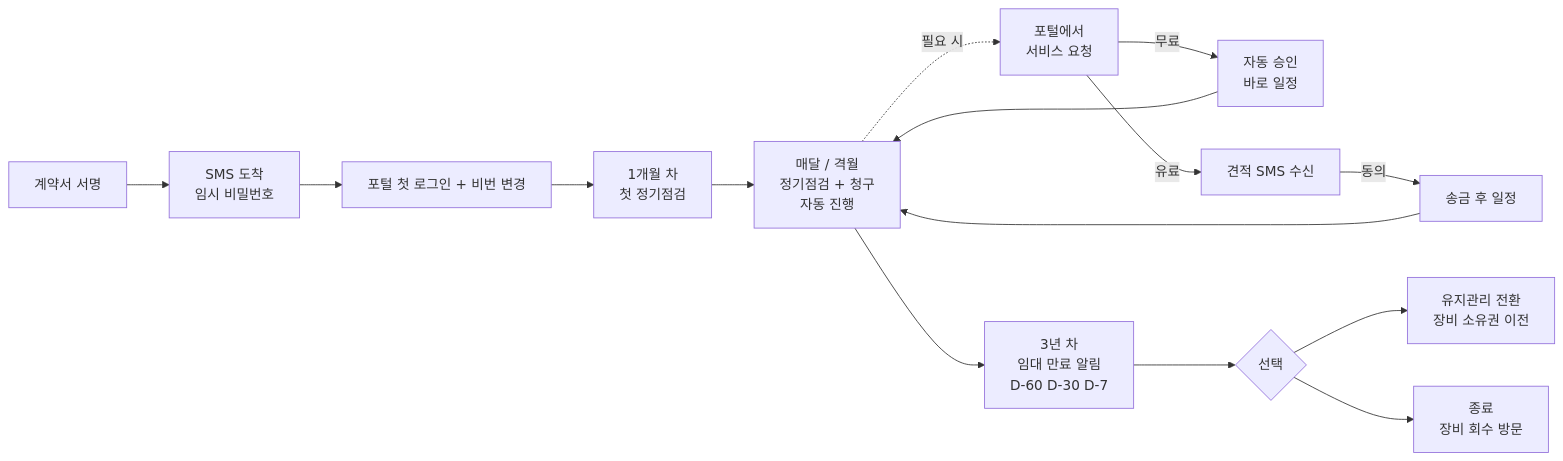
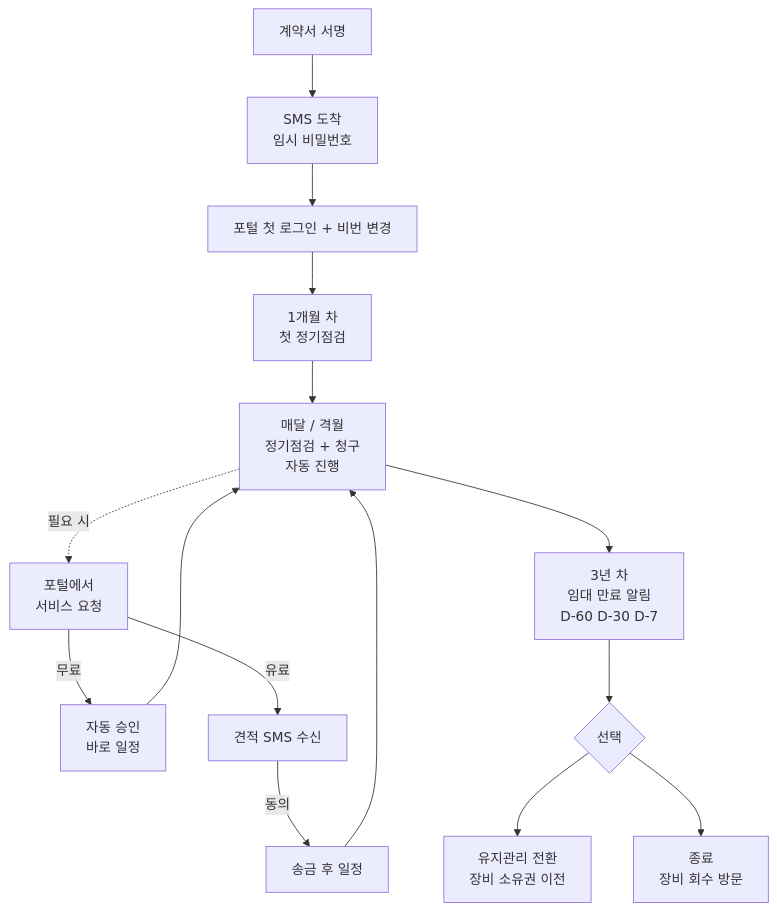
One commit to JoJakeTaemoon/jakes-home-appliances-soms changed the first of 2 diagrams in docs/manuals/ko/customer.md. Above: the diagram before and after it, drawn with Mermaid. The commit also changed 42 other files, not shown here.

First line of the commit message:
docs(manuals): real UI screenshots + A4 landscape PDFs + LR→TB diagram fix

````diff
--- a/docs/manuals/ko/customer.md
+++ b/docs/manuals/ko/customer.md
@@ -126,19 +126,19 @@
 ```mermaid
-flowchart LR
+flowchart TB
   A[계약서 서명] --> B[SMS 도착<br/>임시 비밀번호]
   B --> C[포털 첫 로그인 + 비번 변경]
   C --> D[1개월 차<br/>첫 정기점검]
   D --> E[매달 / 격월<br/>정기점검 + 청구<br/>자동 진행]
 
   E -.->|필요 시| F[포털에서<br/>서비스 요청]
   F -->|무료| G[자동 승인<br/>바로 일정]
   F -->|유료| H[견적 SMS 수신]
   H -->|동의| I[송금 후 일정]
   G --> E
   I --> E
 
   E --> J[3년 차<br/>임대 만료 알림<br/>D-60 D-30 D-7]
   J --> K{선택}
   K --> L[유지관리 전환<br/>장비 소유권 이전]
   K --> M[종료<br/>장비 회수 방문]
 ```
````
